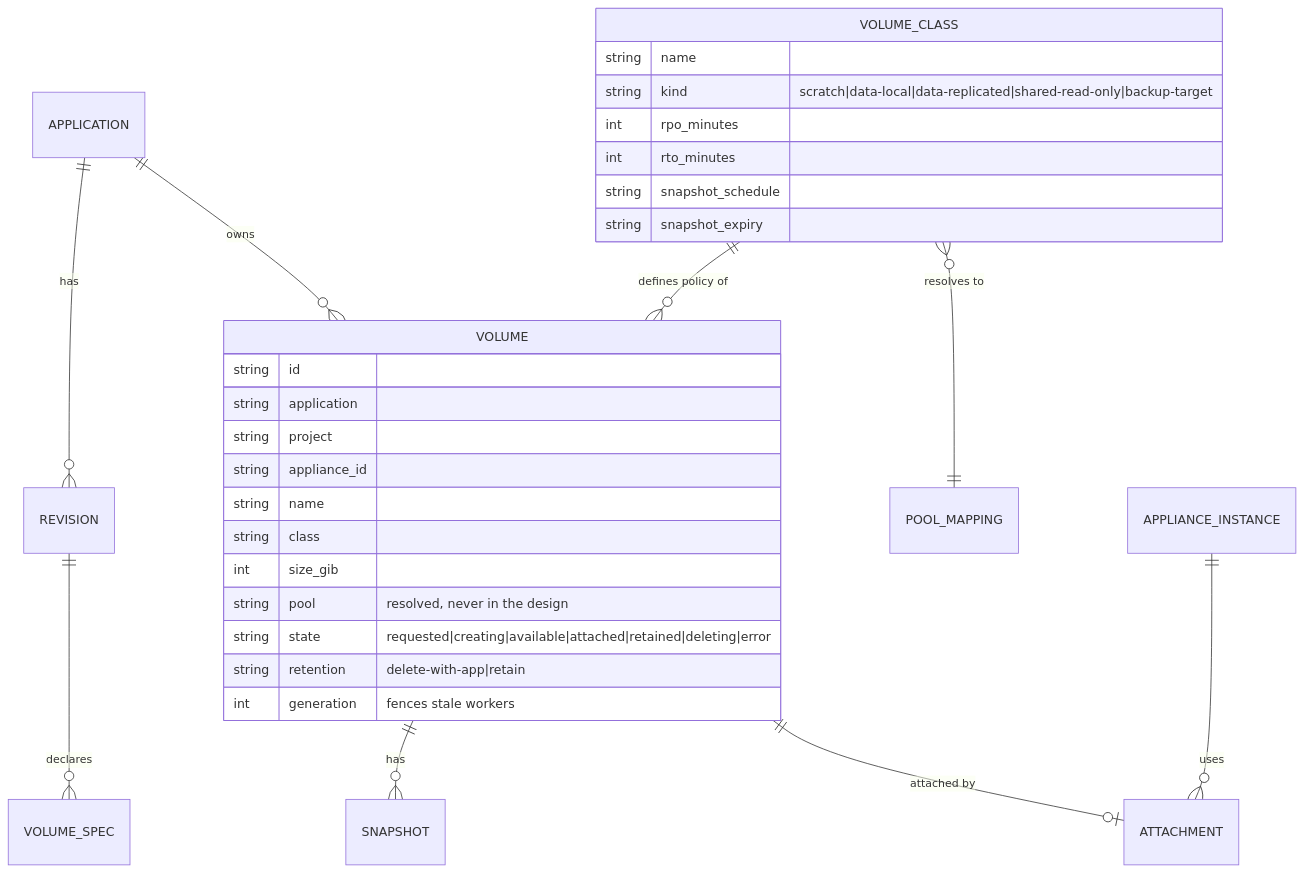
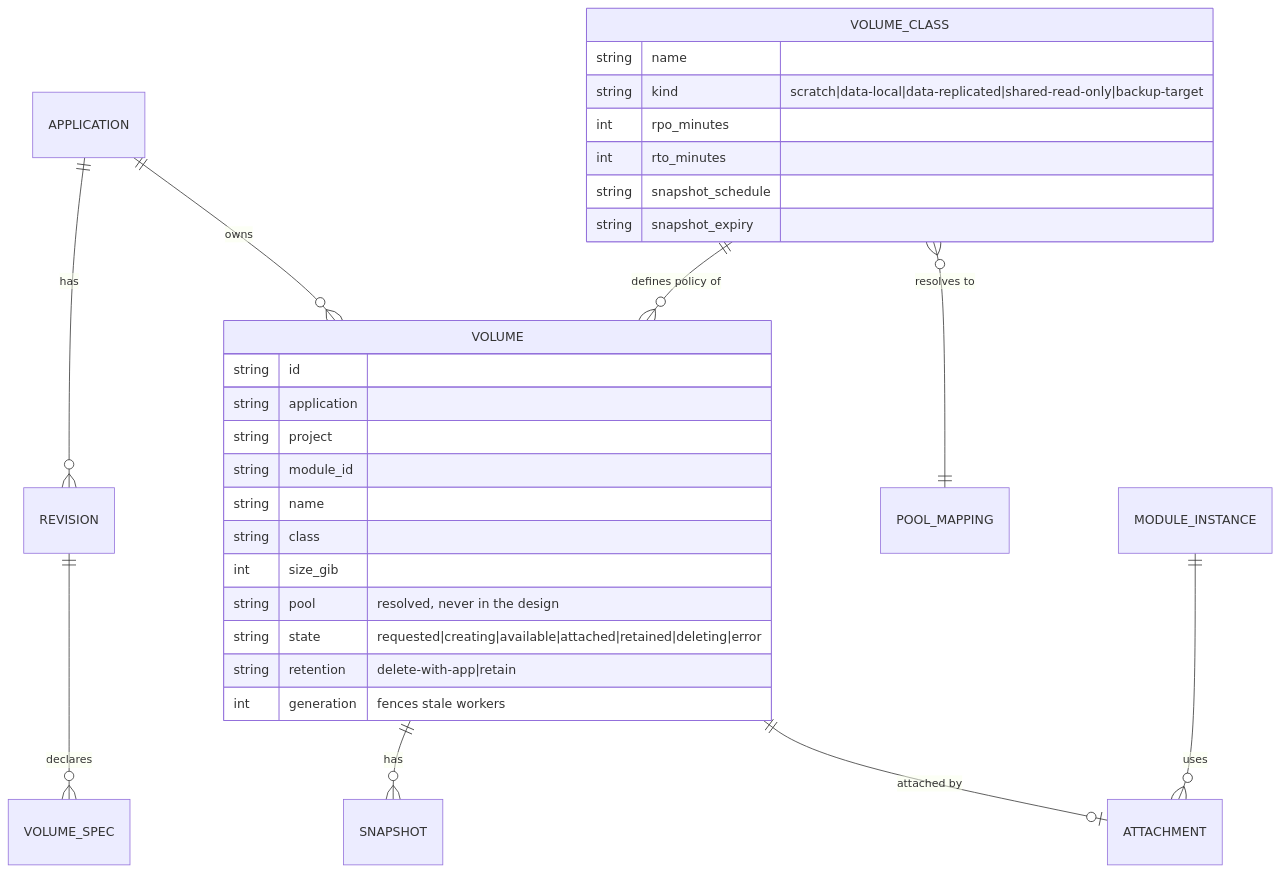
Before and after one commit to Apelora/apelora-fabric: the third of 5 diagrams in docs/architecture/STORAGE.md, drawn with Mermaid. The commit also changed other lines of this file and 187 other files, not shown here.

Commit message:
Rename appliance to module everywhere (ADR 0006): UI, docs, catalog (@apelora/module-catalog), API, saved-design format and code; old designs, API fields, stored JSON and Incus labels still read; columns renamed by migration 0013; illustrations in README and docs

````diff
--- a/docs/architecture/STORAGE.md
+++ b/docs/architecture/STORAGE.md
@@ -114,33 +117,33 @@
 ```mermaid
 erDiagram
   APPLICATION ||--o{ REVISION : has
   APPLICATION ||--o{ VOLUME : owns
   REVISION ||--o{ VOLUME_SPEC : declares
   VOLUME_CLASS ||--o{ VOLUME : "defines policy of"
   VOLUME_CLASS }o--|| POOL_MAPPING : "resolves to"
   VOLUME ||--o{ SNAPSHOT : has
   VOLUME ||--o| ATTACHMENT : "attached by"
-  APPLIANCE_INSTANCE ||--o{ ATTACHMENT : uses
+  MODULE_INSTANCE ||--o{ ATTACHMENT : uses
 
   VOLUME {
     string id
     string application
     string project
-    string appliance_id
+    string module_id
     string name
     string class
     int size_gib
     string pool "resolved, never in the design"
     string state "requested|creating|available|attached|retained|deleting|error"
     string retention "delete-with-app|retain"
     int generation "fences stale workers"
   }
   VOLUME_CLASS {
     string name
     string kind "scratch|data-local|data-replicated|shared-read-only|backup-target"
     int rpo_minutes
     int rto_minutes
     string snapshot_schedule
     string snapshot_expiry
   }
 ```
````
